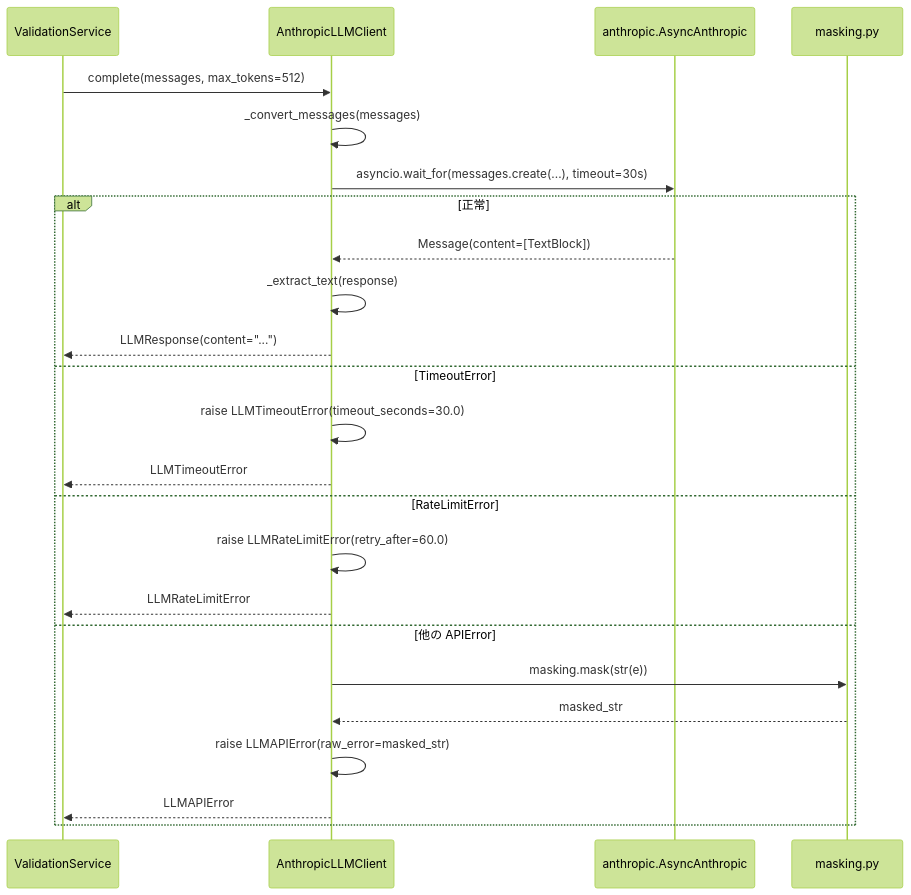
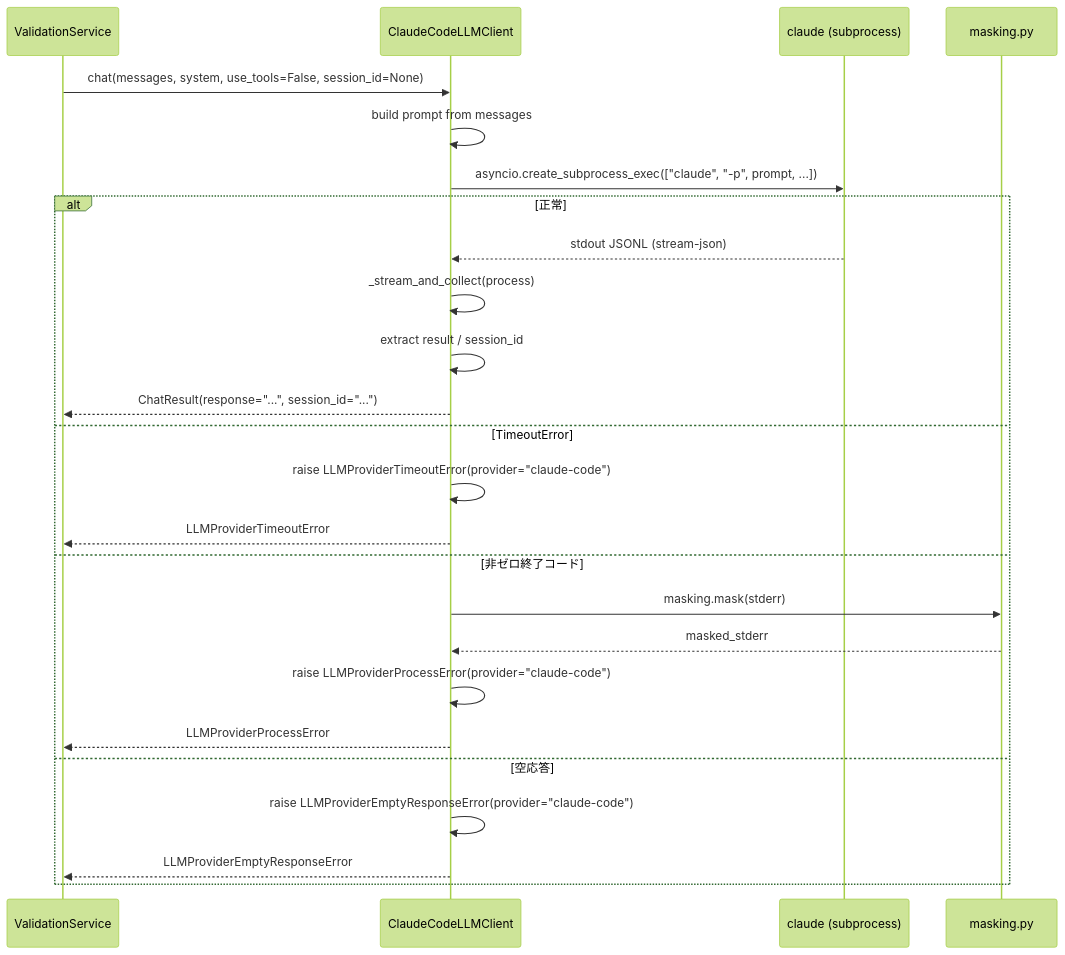
The second of 2 diagrams in docs/features/llm-client/infrastructure/basic-design.md (bakufu-dev/bakufu), drawn with Mermaid (forest theme) before and after one commit. The commit also changed other lines of this file and 4 other files, not shown here.

First line of the commit message:
docs(#123): llm-client infrastructure を LLMProviderPort 専用設計に全面更新

````diff
--- a/docs/features/llm-client/infrastructure/basic-design.md
+++ b/docs/features/llm-client/infrastructure/basic-design.md
@@ -242,27 +267,28 @@
 ```mermaid
 sequenceDiagram
     participant Svc as ValidationService
-    participant Client as AnthropicLLMClient
-    participant SDK as anthropic.AsyncAnthropic
+    participant Client as ClaudeCodeLLMClient
+    participant CLI as claude (subprocess)
     participant Masking as masking.py
 
-    Svc->>Client: complete(messages, max_tokens=512)
-    Client->>Client: _convert_messages(messages)
-    Client->>SDK: asyncio.wait_for(messages.create(...), timeout=30s)
+    Svc->>Client: chat(messages, system, use_tools=False, session_id=None)
+    Client->>Client: build prompt from messages
+    Client->>CLI: asyncio.create_subprocess_exec(["claude", "-p", prompt, ...])
     alt 正常
-        SDK-->>Client: Message(content=[TextBlock])
-        Client->>Client: _extract_text(response)
-        Client-->>Svc: LLMResponse(content="...")
+        CLI-->>Client: stdout JSONL (stream-json)
+        Client->>Client: _stream_and_collect(process)
+        Client->>Client: extract result / session_id
+        Client-->>Svc: ChatResult(response="...", session_id="...")
     else TimeoutError
-        Client->>Client: raise LLMTimeoutError(timeout_seconds=30.0)
-        Client-->>Svc: LLMTimeoutError
-    else RateLimitError
-        Client->>Client: raise LLMRateLimitError(retry_after=60.0)
-        Client-->>Svc: LLMRateLimitError
-    else 他の APIError
-        Client->>Masking: masking.mask(str(e))
-        Masking-->>Client: masked_str
-        Client->>Client: raise LLMAPIError(raw_error=masked_str)
-        Client-->>Svc: LLMAPIError
+        Client->>Client: raise LLMProviderTimeoutError(provider="claude-code")
+        Client-->>Svc: LLMProviderTimeoutError
+    else 非ゼロ終了コード
+        Client->>Masking: masking.mask(stderr)
+        Masking-->>Client: masked_stderr
+        Client->>Client: raise LLMProviderProcessError(provider="claude-code")
+        Client-->>Svc: LLMProviderProcessError
+    else 空応答
+        Client->>Client: raise LLMProviderEmptyResponseError(provider="claude-code")
+        Client-->>Svc: LLMProviderEmptyResponseError
     end
 ```
````
